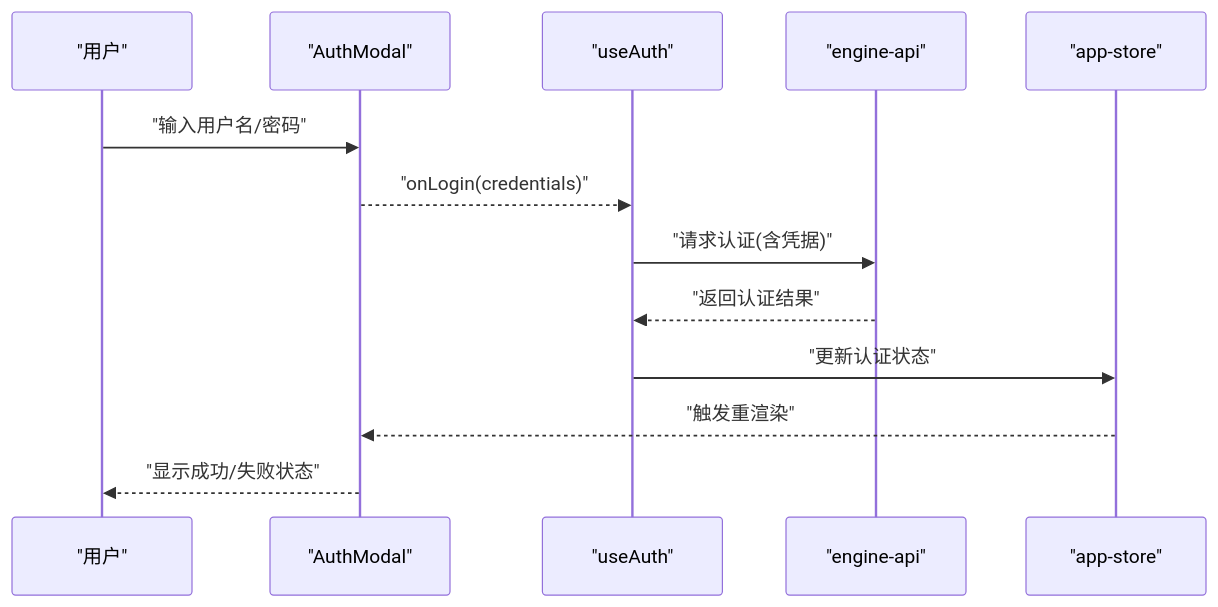
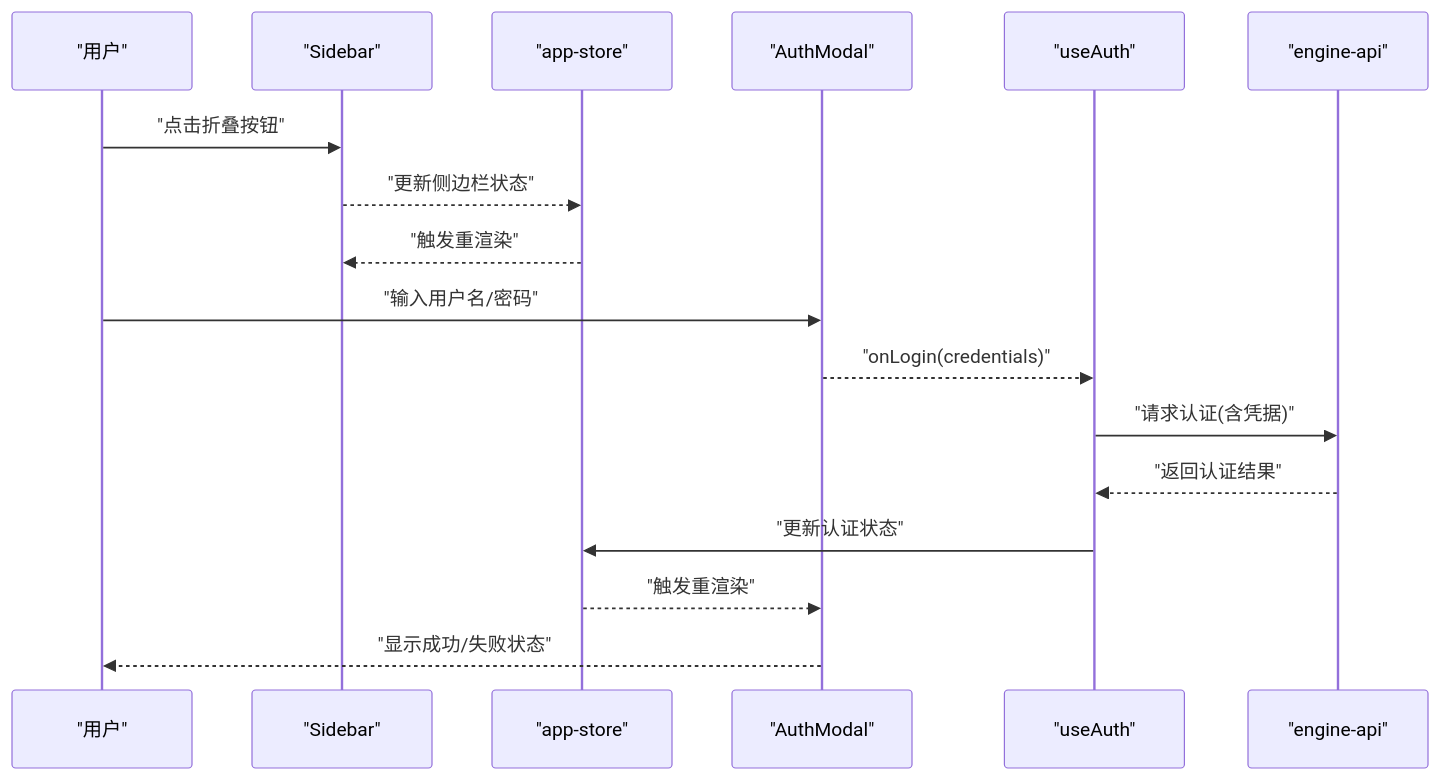
Before and after one commit to kkutysllb/KCoder: the second of 7 diagrams in .qoder/repowiki/zh/content/架构设计/分层架构详解/表现层（Presentation Layer）/React组件架构.md, drawn with Mermaid. The commit also changed other lines of this file and 10 other files, not shown here.

````diff
--- a/.qoder/repowiki/zh/content/架构设计/分层架构详解/表现层（Presentation Layer）/React组件架构.md
+++ b/.qoder/repowiki/zh/content/架构设计/分层架构详解/表现层（Presentation Layer）/React组件架构.md
@@ -113,15 +124,19 @@
 ```mermaid
 sequenceDiagram
 participant U as "用户"
+participant SM as "Sidebar"
+participant ST as "app-store"
 participant AM as "AuthModal"
 participant UA as "useAuth"
 participant EA as "engine-api"
-participant ST as "app-store"
+U->>SM : "点击折叠按钮"
+SM-->>ST : "更新侧边栏状态"
+ST-->>SM : "触发重渲染"
 U->>AM : "输入用户名/密码"
 AM-->>UA : "onLogin(credentials)"
 UA->>EA : "请求认证(含凭据)"
 EA-->>UA : "返回认证结果"
 UA->>ST : "更新认证状态"
 ST-->>AM : "触发重渲染"
 AM-->>U : "显示成功/失败状态"
 ```
````
